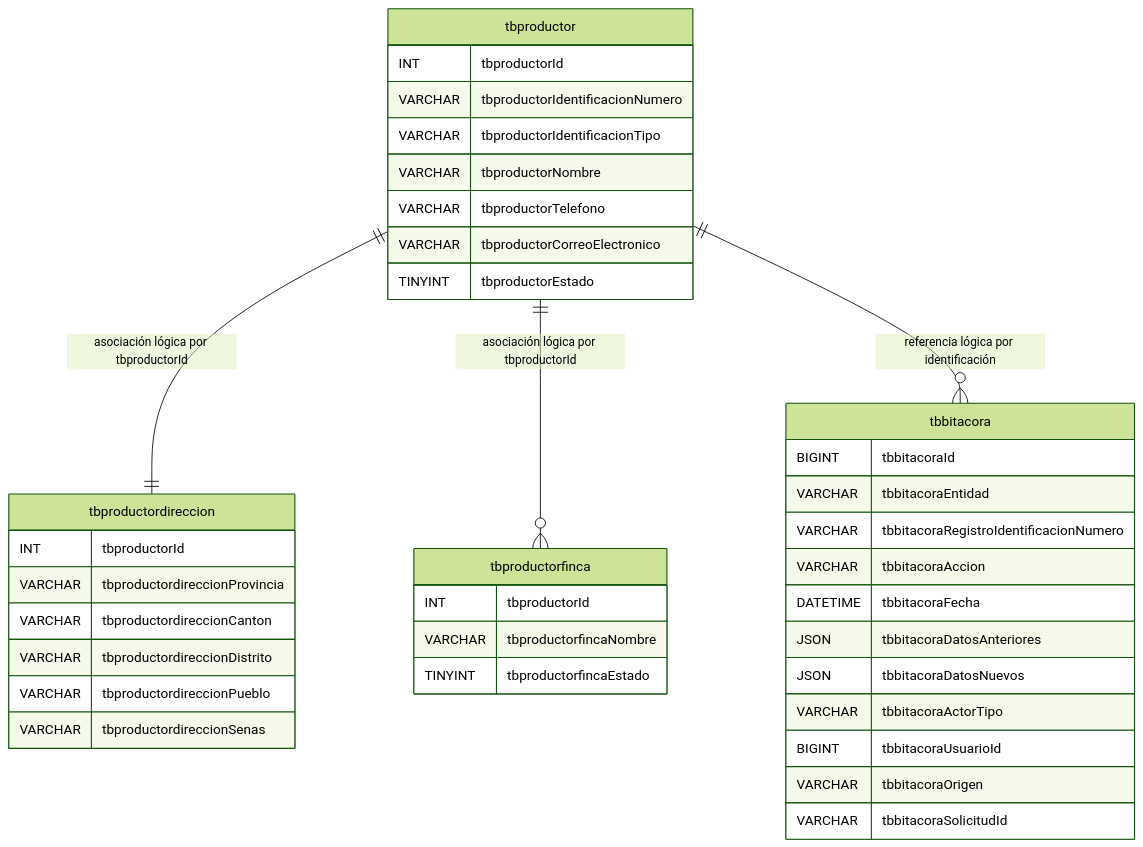
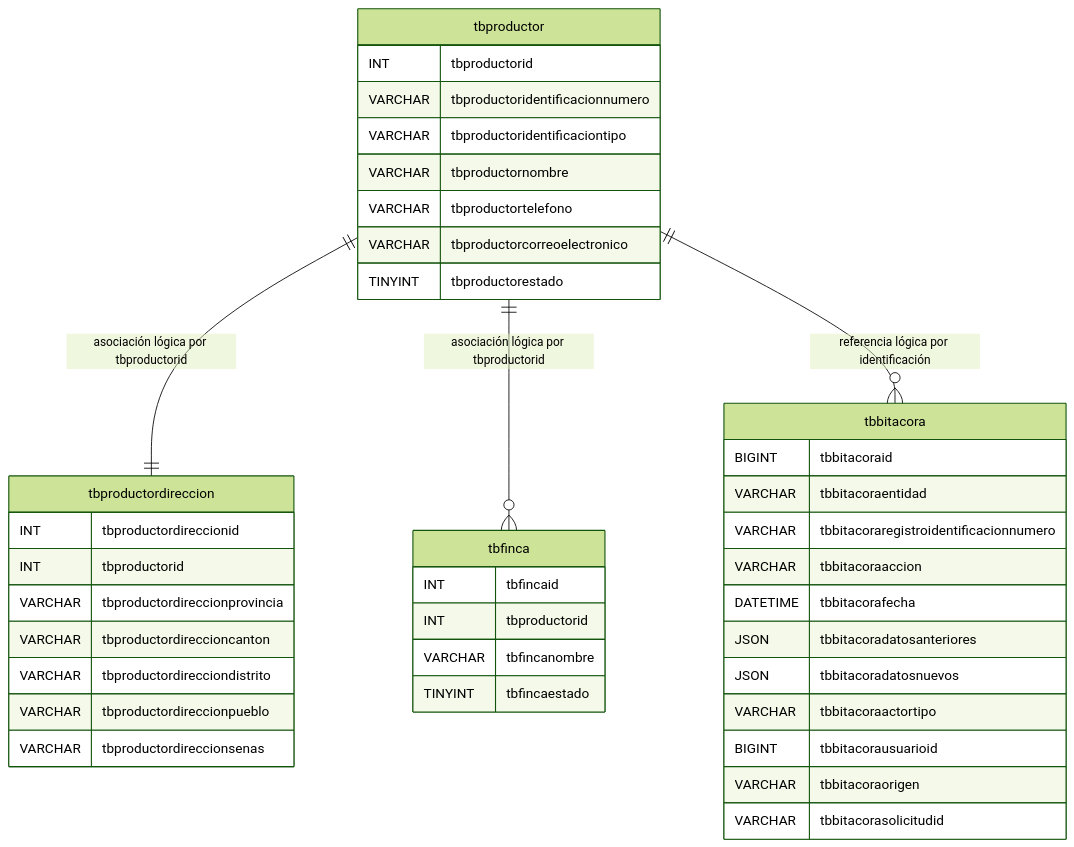
One commit to DilanRC/Proyecto-Paradigmas changed the diagram in Documentation/DER.md. Above: the diagram before and after it, drawn with Mermaid (forest theme). The commit also changed other lines of this file and 38 other files, not shown here.

````diff
--- a/Documentation/DER.md
+++ b/Documentation/DER.md
@@ -3,41 +3,43 @@
 ```mermaid
 erDiagram
     tbproductor {
-        INT tbproductorId
-        VARCHAR tbproductorIdentificacionNumero
-        VARCHAR tbproductorIdentificacionTipo
-        VARCHAR tbproductorNombre
-        VARCHAR tbproductorTelefono
-        VARCHAR tbproductorCorreoElectronico
-        TINYINT tbproductorEstado
+        INT tbproductorid
+        VARCHAR tbproductoridentificacionnumero
+        VARCHAR tbproductoridentificaciontipo
+        VARCHAR tbproductornombre
+        VARCHAR tbproductortelefono
+        VARCHAR tbproductorcorreoelectronico
+        TINYINT tbproductorestado
     }
     tbproductordireccion {
-        INT tbproductorId
-        VARCHAR tbproductordireccionProvincia
-        VARCHAR tbproductordireccionCanton
-        VARCHAR tbproductordireccionDistrito
-        VARCHAR tbproductordireccionPueblo
-        VARCHAR tbproductordireccionSenas
+        INT tbproductordireccionid
+        INT tbproductorid
+        VARCHAR tbproductordireccionprovincia
+        VARCHAR tbproductordireccioncanton
+        VARCHAR tbproductordirecciondistrito
+        VARCHAR tbproductordireccionpueblo
+        VARCHAR tbproductordireccionsenas
     }
-    tbproductorfinca {
-        INT tbproductorId
-        VARCHAR tbproductorfincaNombre
-        TINYINT tbproductorfincaEstado
+    tbfinca {
+        INT tbfincaid
+        INT tbproductorid
+        VARCHAR tbfincanombre
+        TINYINT tbfincaestado
     }
     tbbitacora {
-        BIGINT tbbitacoraId
-        VARCHAR tbbitacoraEntidad
-        VARCHAR tbbitacoraRegistroIdentificacionNumero
-        VARCHAR tbbitacoraAccion
-        DATETIME tbbitacoraFecha
-        JSON tbbitacoraDatosAnteriores
-        JSON tbbitacoraDatosNuevos
-        VARCHAR tbbitacoraActorTipo
-        BIGINT tbbitacoraUsuarioId
-        VARCHAR tbbitacoraOrigen
-        VARCHAR tbbitacoraSolicitudId
+        BIGINT tbbitacoraid
+        VARCHAR tbbitacoraentidad
+        VARCHAR tbbitacoraregistroidentificacionnumero
+        VARCHAR tbbitacoraaccion
+        DATETIME tbbitacorafecha
+        JSON tbbitacoradatosanteriores
+        JSON tbbitacoradatosnuevos
+        VARCHAR tbbitacoraactortipo
+        BIGINT tbbitacorausuarioid
+        VARCHAR tbbitacoraorigen
+        VARCHAR tbbitacorasolicitudid
     }
-    tbproductor ||--|| tbproductordireccion : "asociación lógica por tbproductorId"
-    tbproductor ||--o{ tbproductorfinca : "asociación lógica por tbproductorId"
+    tbproductor ||--|| tbproductordireccion : "asociación lógica por tbproductorid"
+    tbproductor ||--o{ tbfinca : "asociación lógica por tbproductorid"
     tbproductor ||--o{ tbbitacora : "referencia lógica por identificación"
 ```
````
